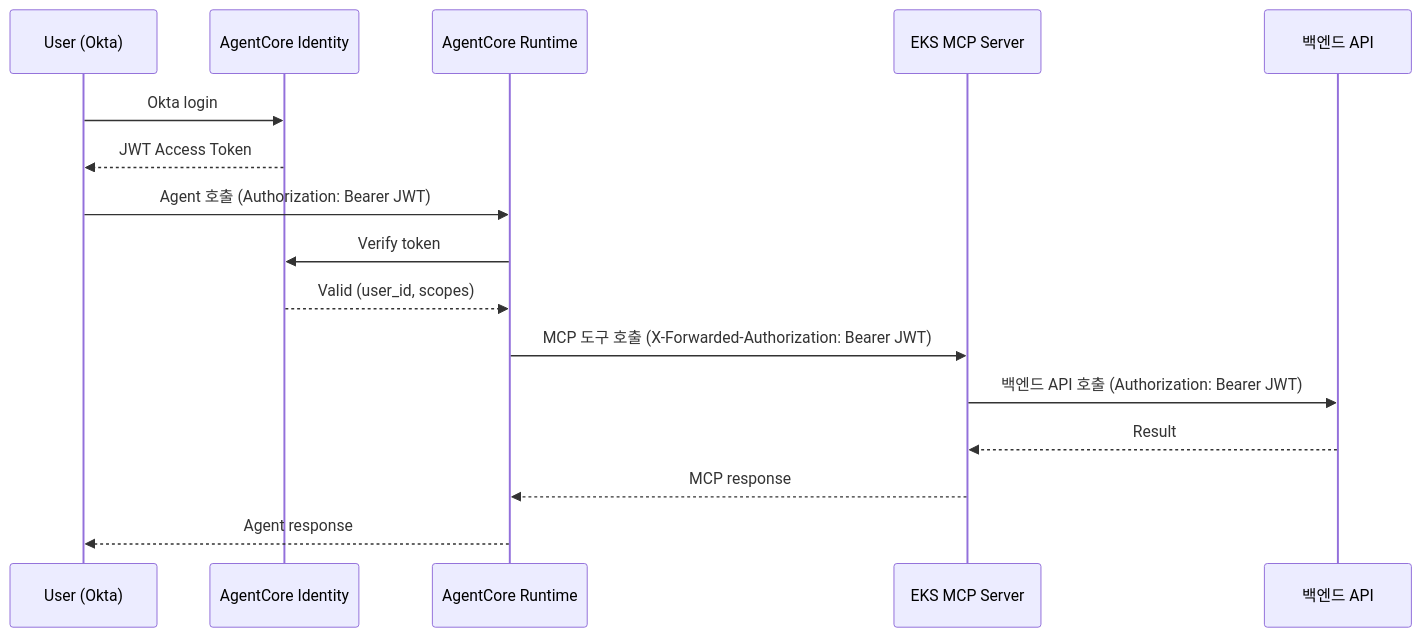
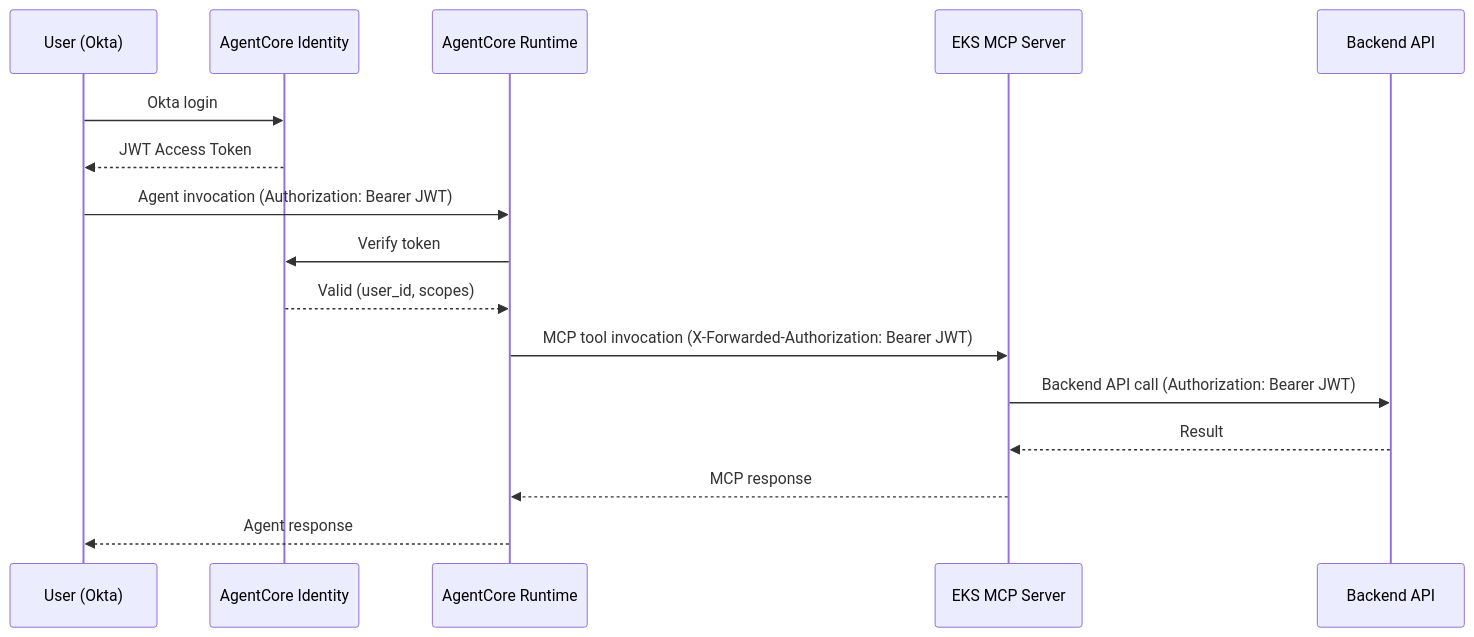
The seventh of 11 diagrams in i18n/en/docusaurus-plugin-content-docs/current/agentic-ai-platform/design-architecture/platform-selection/agentcore-hybrid-strategy.md (devfloor9/engineering-playbook), drawn with Mermaid before and after one commit. The commit also changed other lines of this file and 72 other files, not shown here.

````diff
--- a/i18n/en/docusaurus-plugin-content-docs/current/agentic-ai-platform/design-architecture/platform-selection/agentcore-hybrid-strategy.md
+++ b/i18n/en/docusaurus-plugin-content-docs/current/agentic-ai-platform/design-architecture/platform-selection/agentcore-hybrid-strategy.md
@@ -595,21 +601,21 @@
 ```mermaid
 sequenceDiagram
     participant User as User (Okta)
     participant AC_ID as AgentCore Identity
     participant AC_RT as AgentCore Runtime
     participant MCP as EKS MCP Server
-    participant Backend as 백엔드 API
+    participant Backend as Backend API
     
     User->>AC_ID: Okta login
     AC_ID-->>User: JWT Access Token
     
-    User->>AC_RT: Agent 호출 (Authorization: Bearer JWT)
+    User->>AC_RT: Agent invocation (Authorization: Bearer JWT)
     AC_RT->>AC_ID: Verify token
     AC_ID-->>AC_RT: Valid (user_id, scopes)
     
-    AC_RT->>MCP: MCP 도구 호출 (X-Forwarded-Authorization: Bearer JWT)
-    MCP->>Backend: 백엔드 API 호출 (Authorization: Bearer JWT)
+    AC_RT->>MCP: MCP tool invocation (X-Forwarded-Authorization: Bearer JWT)
+    MCP->>Backend: Backend API call (Authorization: Bearer JWT)
     Backend-->>MCP: Result
     MCP-->>AC_RT: MCP response
     AC_RT-->>User: Agent response
 ```
````
